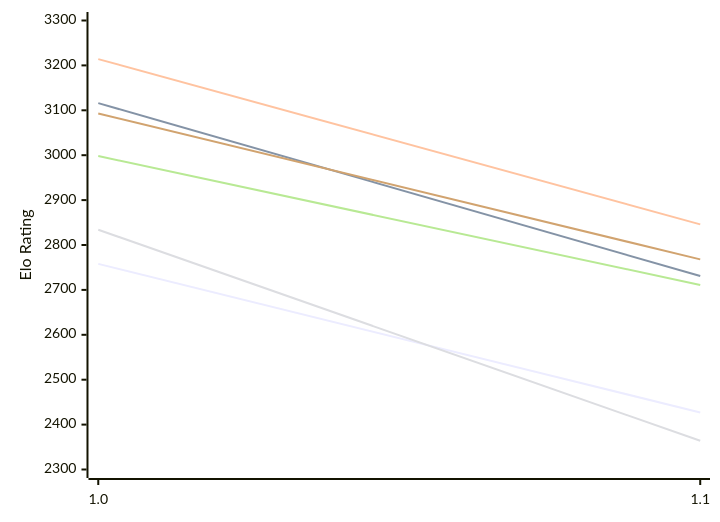
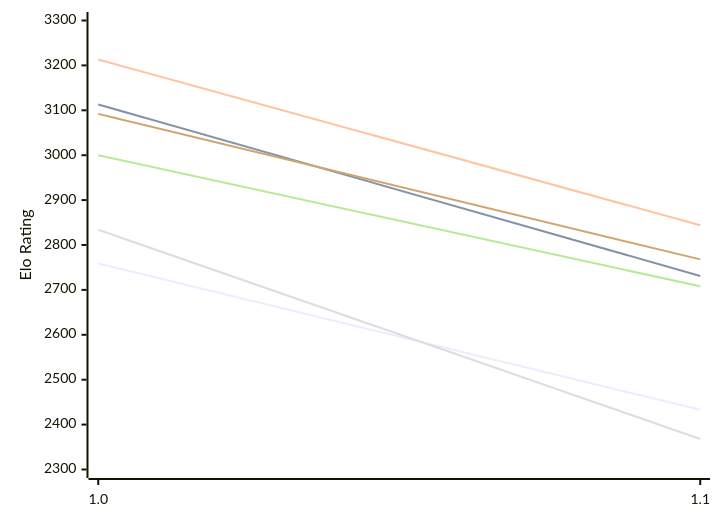
One commit to computer-chess-index/cci changed the first of 2 diagrams in engines/Publius.md. Above: the diagram before and after it, drawn with Mermaid. The commit also changed other lines of this file, not shown here.

Commit message:
Update CCI Ratings (ELO VLTC) - 2026-11-19

````diff
--- a/engines/Publius.md
+++ b/engines/Publius.md
@@ -50,12 +50,12 @@
 ```mermaid
 %%{init: {"theme":"base","themeVariables":{"seriesColors:['#a3a3a3','#222221','#faa371']}}}%%
 xychart-beta
   x-axis ["1.0", "1.1"]
   y-axis "Elo Rating" 2300 --> 3300
-  line "E1: STC (8.0+0.08s)" [2758, 2427]
-  line "E1: LTC (60.0+0.60s)" [3116, 2731]
-  line "E1: VLTC (2m24s+1.12s)" [3214, 2846]
-  line "P1: STC (8.0+0.08s)" [2834, 2364]
-  line "P1: LTC (60.0+0.60s)" [2998, 2711]
-  line "P1: VLTC (2m24s+1.12s)" [3093, 2768]
+  line "E1: STC (8.0+0.08s)" [2759, 2433]
+  line "E1: LTC (60.0+0.60s)" [3113, 2731]
+  line "E1: VLTC (2m24s+1.12s)" [3213, 2844]
+  line "P1: STC (8.0+0.08s)" [2834, 2368]
+  line "P1: LTC (60.0+0.60s)" [3000, 2708]
+  line "P1: VLTC (2m24s+1.12s)" [3092, 2768]
 ```
````
